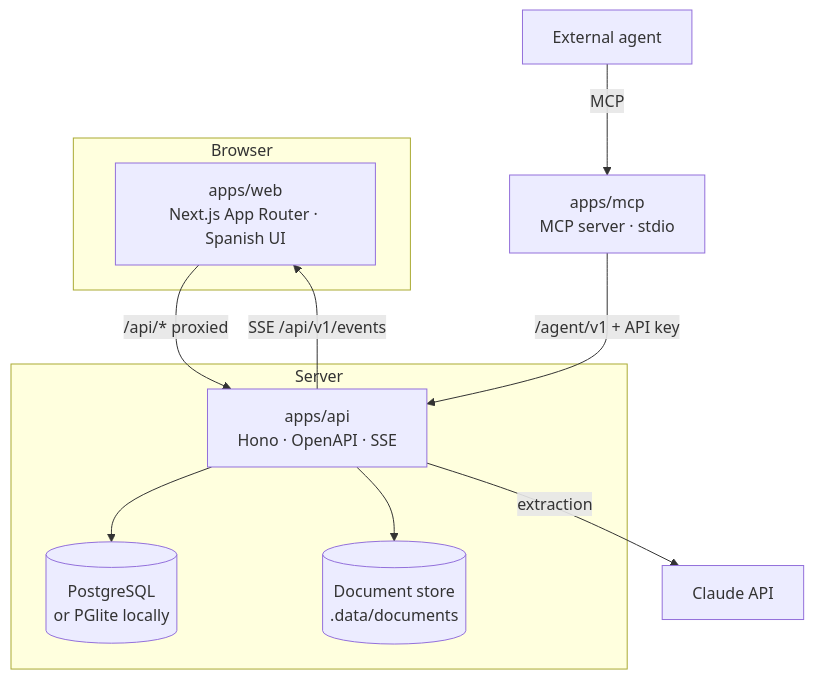
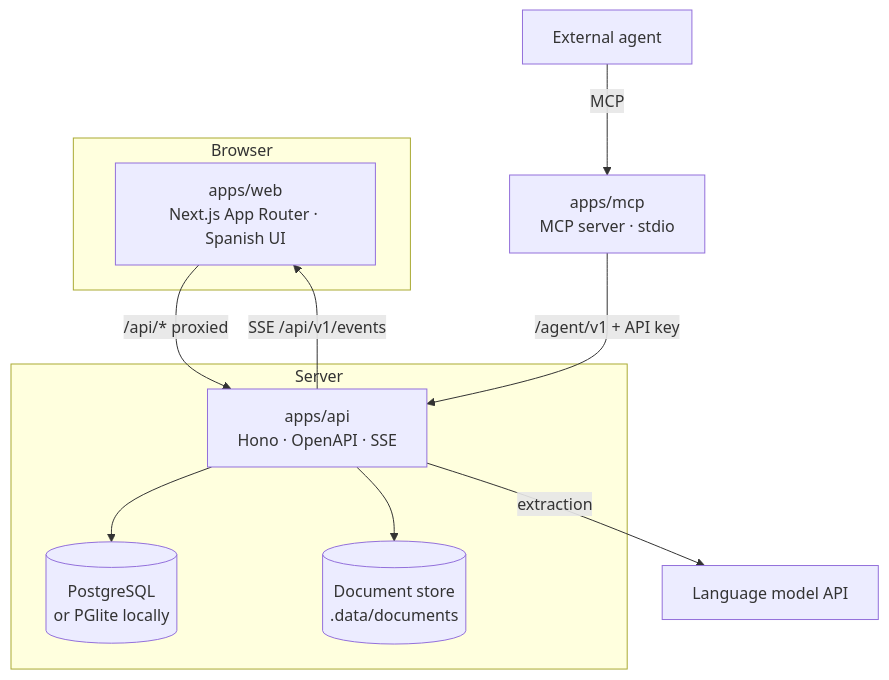
One commit to JuanMCanchala/hackathon_30x changed the second of 7 diagrams in docs/SYSTEM_DESIGN.md. Above: the diagram before and after it, drawn with Mermaid. The commit also changed other lines of this file and 4 other files, not shown here.

````diff
--- a/docs/SYSTEM_DESIGN.md
+++ b/docs/SYSTEM_DESIGN.md
@@ -62,21 +62,21 @@
 ```mermaid
 flowchart TB
   subgraph Browser
     WEB[apps/web<br/>Next.js App Router · Spanish UI]
   end
   subgraph Server
     API[apps/api<br/>Hono · OpenAPI · SSE]
     DB[(PostgreSQL<br/>or PGlite locally)]
     FS[(Document store<br/>.data/documents)]
   end
   MCP[apps/mcp<br/>MCP server · stdio]
   AG[External agent]
-  CL[Claude API]
+  CL[Language model API]
 
   WEB -- /api/* proxied --> API
   AG -- MCP --> MCP -- /agent/v1 + API key --> API
   API --> DB
   API --> FS
   API -- extraction --> CL
   API -- SSE /api/v1/events --> WEB
 ```
````
